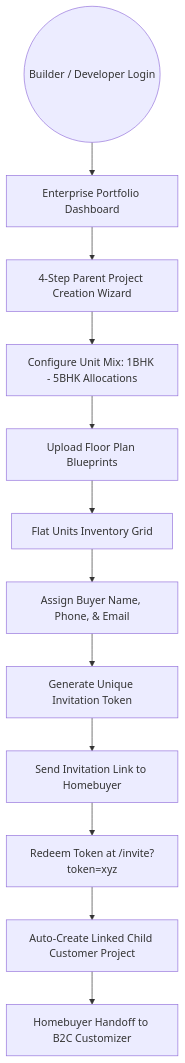
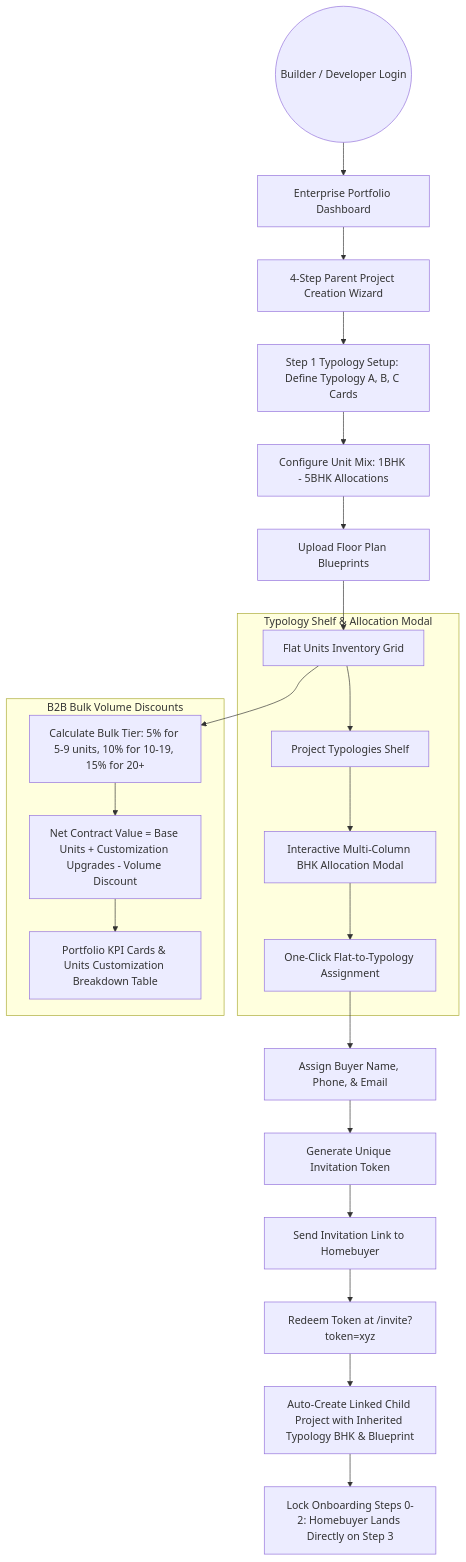
The fourth of 8 diagrams in ARCHITECTURE.md (Vedant-Raju-Borker-2005/Interior_Design), drawn with Mermaid before and after one commit. The commit also changed other lines of this file and 4 other files, not shown here.

Commit message:
Update system architecture and AGENTS documentation across portals and backend-ai

````diff
--- a/ARCHITECTURE.md
+++ b/ARCHITECTURE.md
@@ -123,16 +145,29 @@
 ```mermaid
 graph TD
     EntStart((Builder / Developer Login)) --> Dashboard[Enterprise Portfolio Dashboard]
     Dashboard --> CreateWizard[4-Step Parent Project Creation Wizard]
-    CreateWizard --> UnitMix[Configure Unit Mix: 1BHK - 5BHK Allocations]
+    CreateWizard --> TypologySetup[Step 1 Typology Setup: Define Typology A, B, C Cards]
+    TypologySetup --> UnitMix[Configure Unit Mix: 1BHK - 5BHK Allocations]
     UnitMix --> FloorPlanUpload[Upload Floor Plan Blueprints]
     FloorPlanUpload --> FlatGrid[Flat Units Inventory Grid]
     
-    FlatGrid --> AssignBuyer[Assign Buyer Name, Phone, & Email]
+    subgraph TypologyAndAllocation ["Typology Shelf & Allocation Modal"]
+        FlatGrid --> TypologyShelf[Project Typologies Shelf]
+        TypologyShelf --> MultiColModal[Interactive Multi-Column BHK Allocation Modal]
+        MultiColModal --> AssignTypology[One-Click Flat-to-Typology Assignment]
+    end
+    
+    AssignTypology --> AssignBuyer[Assign Buyer Name, Phone, & Email]
     AssignBuyer --> GenInvite[Generate Unique Invitation Token]
     GenInvite --> SendInvite[Send Invitation Link to Homebuyer]
     
     SendInvite --> BuyerAccept["Redeem Token at /invite?token=xyz"]
-    BuyerAccept --> ChildProject[Auto-Create Linked Child Customer Project]
-    ChildProject --> OnboardingComplete[Homebuyer Handoff to B2C Customizer]
+    BuyerAccept --> ChildProject[Auto-Create Linked Child Project with Inherited Typology BHK & Blueprint]
+    ChildProject --> LockSteps[Lock Onboarding Steps 0-2: Homebuyer Lands Directly on Step 3]
+    
+    subgraph BulkDiscountEngine ["B2B Bulk Volume Discounts"]
+        FlatGrid --> VolumeRollup[Calculate Bulk Tier: 5% for 5-9 units, 10% for 10-19, 15% for 20+]
+        VolumeRollup --> NetFormula["Net Contract Value = Base Units + Customization Upgrades - Volume Discount"]
+        NetFormula --> SummaryKPI[Portfolio KPI Cards & Units Customization Breakdown Table]
+    end
 ```
````
